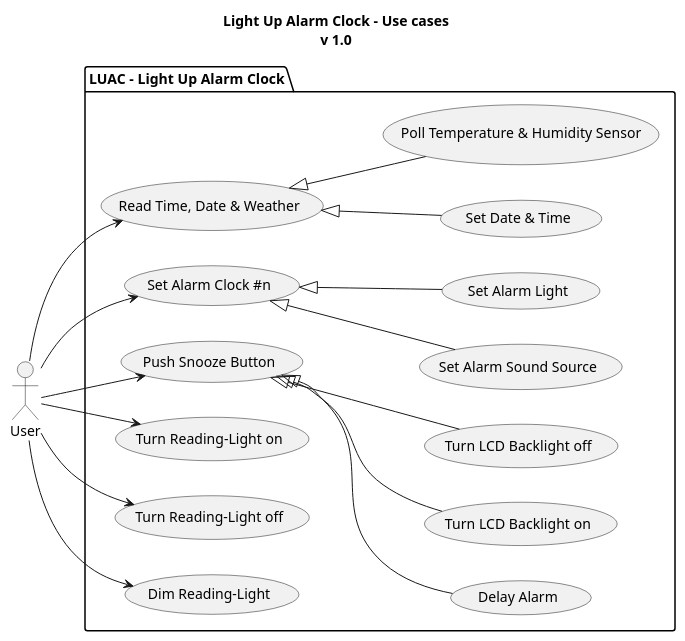
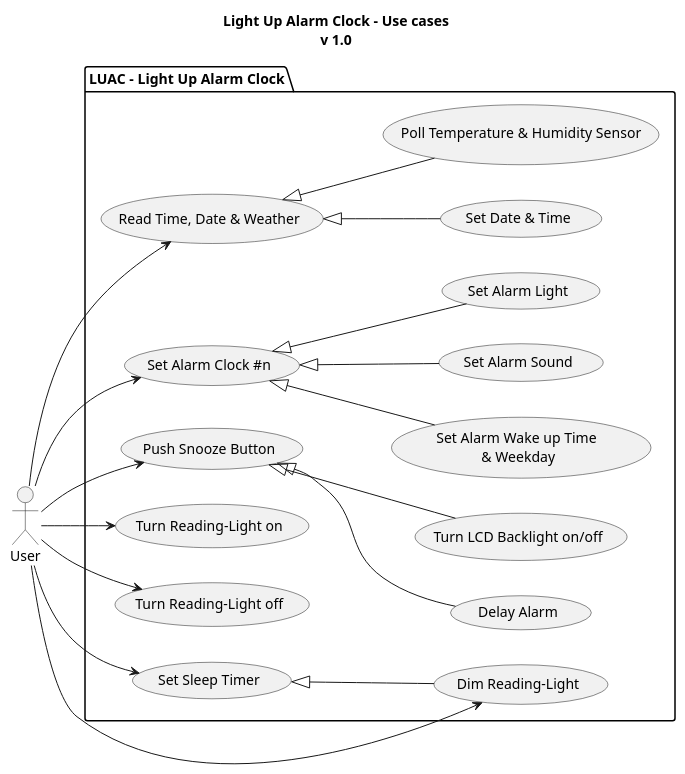
Before and after one commit to esterren/LightUpAlarmClock: the diagram in doc/uml/use-cases.puml, drawn with PlantUML. The commit also changed 1 other file, not shown here.

```diff
--- a/doc/uml/use-cases.puml
+++ b/doc/uml/use-cases.puml
@@ -1,38 +1,41 @@
 @startuml
 title
     Light Up Alarm Clock - Use cases
     v 1.0
 end title
 
 :User: as user
 package "LUAC - Light Up Alarm Clock" {
     (Set Date & Time) as (SetDateTime)
     (Poll Temperature & Humidity Sensor) as (PollSensor)
     (Read Time, Date & Weather) as (Idle)
     (Set Alarm Clock #n) as (SetAl)
-    (Set Alarm Sound Source) as (SetAlSound)
+    (Set Alarm Wake up Time \n& Weekday) as (SetAlTime)
+    (Set Alarm Sound) as (SetAlSound)
     (Set Alarm Light) as (SetAlLight)
     (Push Snooze Button) as (SnoozeBtn)
     (Delay Alarm) as (DelayAl)
     (Turn Reading-Light on) as (LightOn)
     (Turn Reading-Light off) as (LightOff)
-    (Turn LCD Backlight on) as (LcdLightOn)
-    (Turn LCD Backlight off) as (LcdLightOff)
+    (Turn LCD Backlight on/off) as (LcdLightOnOff)
     (Dim Reading-Light) as (LightDim)
+    (Set Sleep Timer) as (Sleep)
 
     left to right direction
     user --> (Idle)
     (Idle) <|-- (SetDateTime)
     (Idle) <|-- (PollSensor)
     user --> (SetAl)
+    (SetAl) <|-- (SetAlTime)
     (SetAl) <|-- (SetAlSound)
     (SetAl) <|-- (SetAlLight)
-    (SnoozeBtn) <|-- (LcdLightOn)
-    (SnoozeBtn) <|-- (LcdLightOff)
+    (SnoozeBtn) <|-- (LcdLightOnOff)
     (SnoozeBtn) <|-- (DelayAl)
+    (Sleep) <|-- (LightDim)
     user --> (LightOn)
     user --> (LightOff)
     user --> (LightDim)
     user --> (SnoozeBtn)
+    user --> (Sleep)
 }
 @enduml
```
